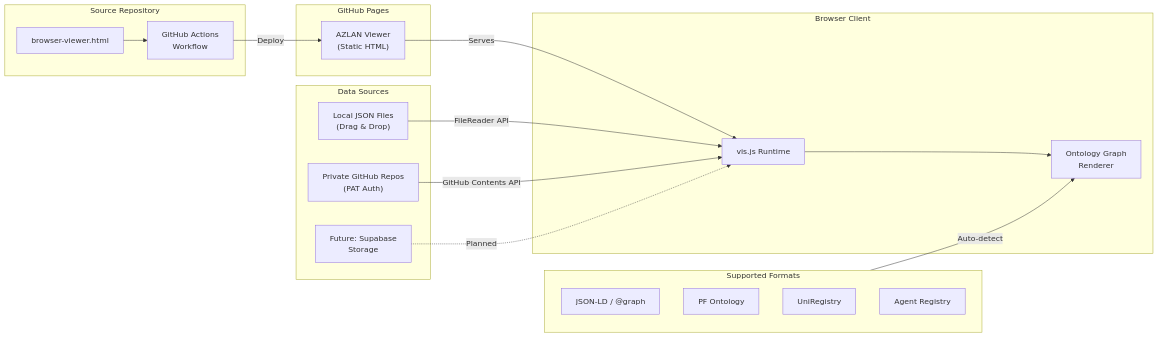
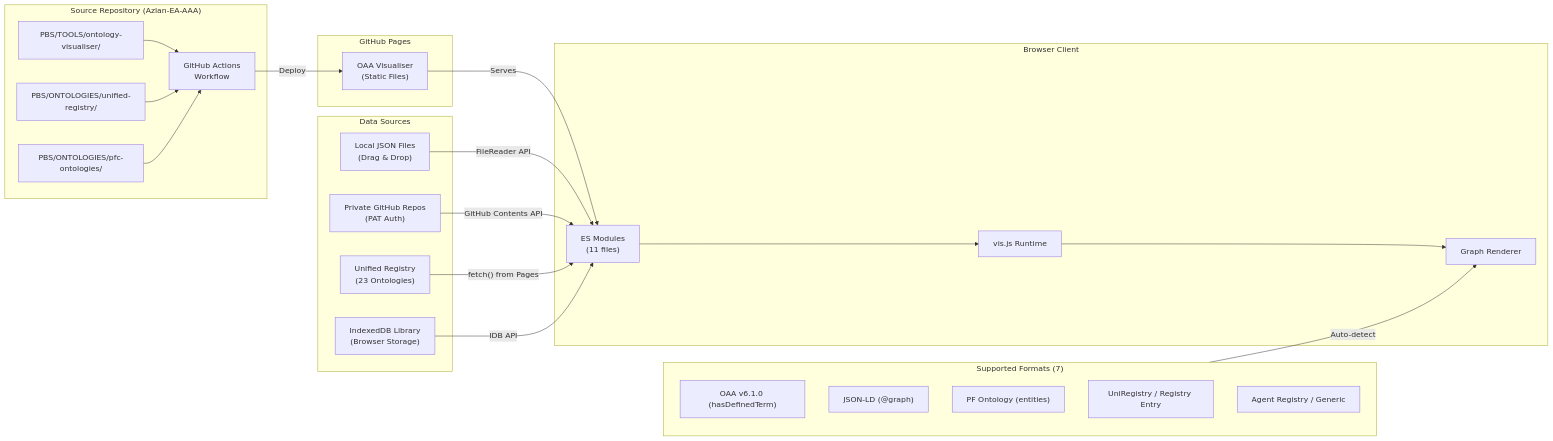
Before and after one commit to ajrmooreuk/Azlan-EA-AAA: the diagram in PBS/TOOLS/ontology-visualiser/ARCHITECTURE.md, drawn with Mermaid. The commit also changed other lines of this file and 2 other files, not shown here.

First line of the commit message:
docs: update ADR-LOG, ARCHITECTURE, and OPERATING-GUIDE for Phase 1

````diff
--- a/PBS/TOOLS/ontology-visualiser/ARCHITECTURE.md
+++ b/PBS/TOOLS/ontology-visualiser/ARCHITECTURE.md
@@ -13,30 +18,35 @@
 ```mermaid
 graph LR
-    subgraph Source["Source Repository"]
-        A["browser-viewer.html"] --> B["GitHub Actions\nWorkflow"]
+    subgraph Source["Source Repository (Azlan-EA-AAA)"]
+        A["PBS/TOOLS/ontology-visualiser/"] --> B["GitHub Actions\nWorkflow"]
+        R["PBS/ONTOLOGIES/unified-registry/"] --> B
+        O["PBS/ONTOLOGIES/pfc-ontologies/"] --> B
     end
 
     subgraph Deployment["GitHub Pages"]
-        B -->|"Deploy"| C["AZLAN Viewer\n(Static HTML)"]
+        B -->|"Deploy"| C["OAA Visualiser\n(Static Files)"]
     end
 
     subgraph Client["Browser Client"]
-        C -->|"Serves"| D["vis.js Runtime"]
-        D --> E["Ontology Graph\nRenderer"]
+        C -->|"Serves"| D["ES Modules\n(11 files)"]
+        D --> E["vis.js Runtime"]
+        E --> F["Graph Renderer"]
     end
 
     subgraph Input["Data Sources"]
-        F["Local JSON Files\n(Drag & Drop)"] -->|"FileReader API"| D
-        G["Private GitHub Repos\n(PAT Auth)"] -->|"GitHub Contents API"| D
-        H["Future: Supabase\nStorage"] -.->|"Planned"| D
+        G["Local JSON Files\n(Drag & Drop)"] -->|"FileReader API"| D
+        H["Private GitHub Repos\n(PAT Auth)"] -->|"GitHub Contents API"| D
+        I["Unified Registry\n(23 Ontologies)"] -->|"fetch() from Pages"| D
+        J["IndexedDB Library\n(Browser Storage)"] -->|"IDB API"| D
     end
 
-    subgraph Formats["Supported Formats"]
-        I["JSON-LD / @graph"]
-        J["PF Ontology"]
-        K["UniRegistry"]
-        L["Agent Registry"]
+    subgraph Formats["Supported Formats (7)"]
+        K["OAA v6.1.0 (hasDefinedTerm)"]
+        L["JSON-LD (@graph)"]
+        M["PF Ontology (entities)"]
+        N["UniRegistry / Registry Entry"]
+        P["Agent Registry / Generic"]
     end
 
-    Formats -->|"Auto-detect"| E
+    Formats -->|"Auto-detect"| F
 ```
````
